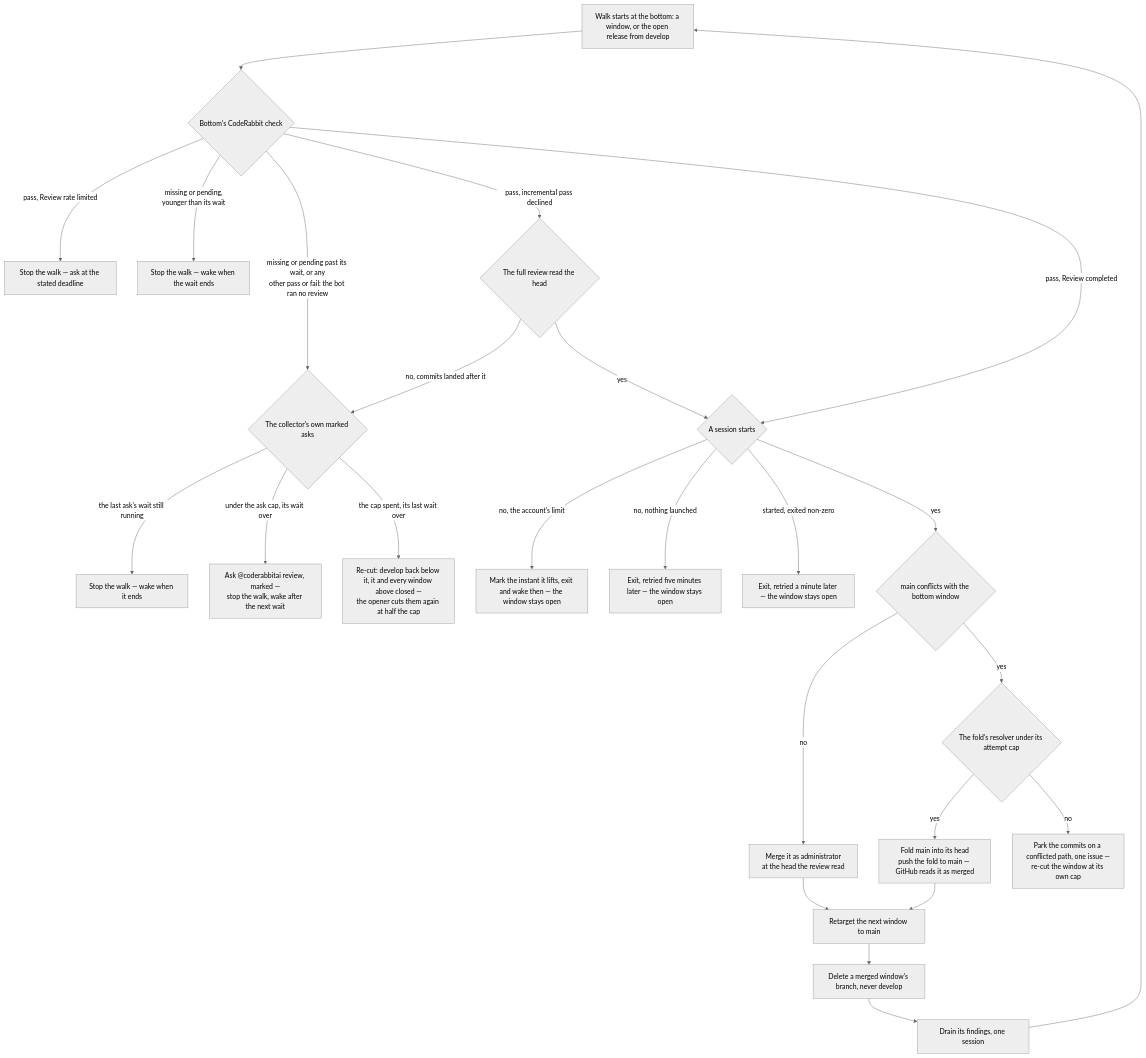
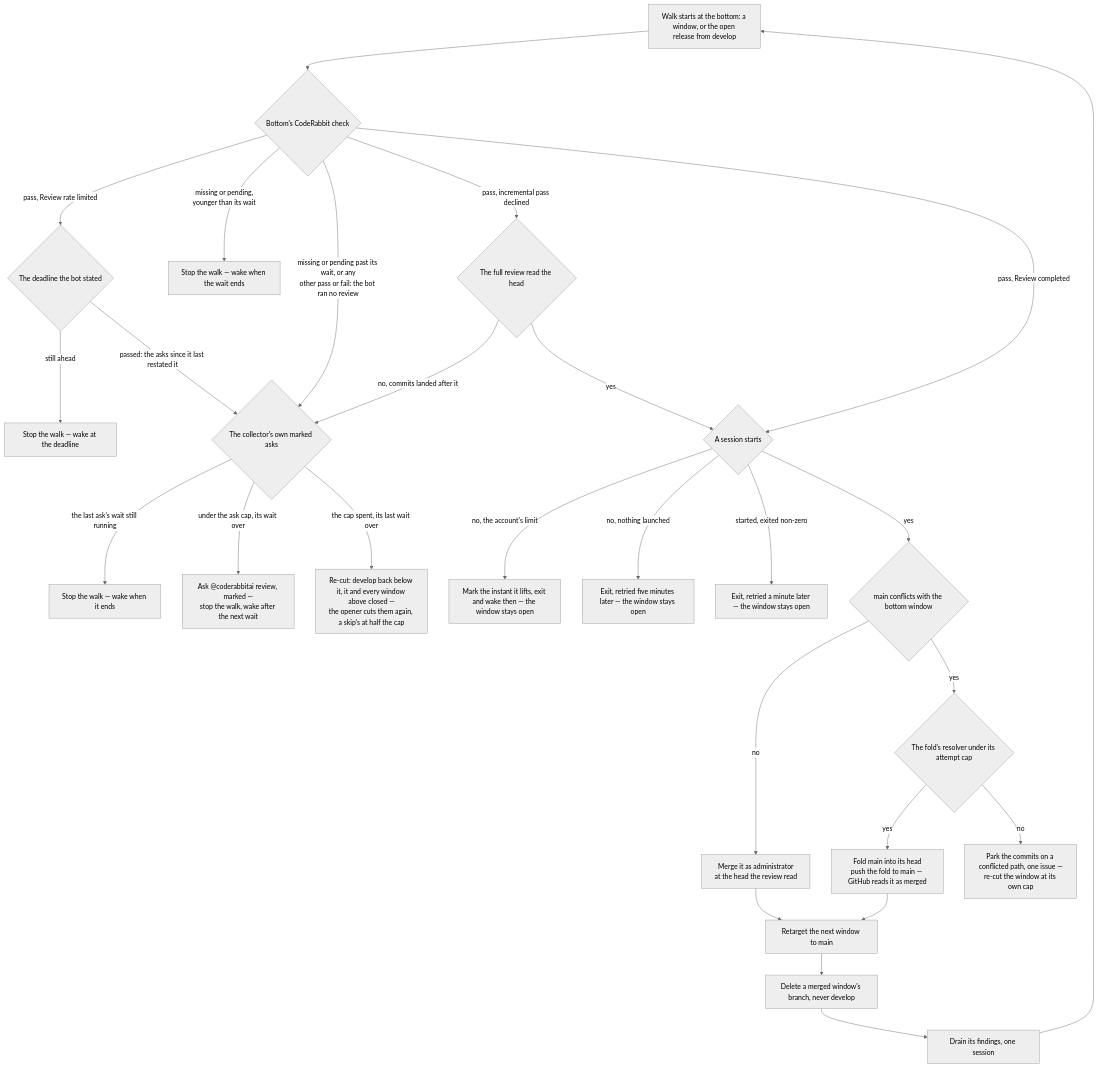
Before and after one commit to Esposter/Esposter: the first of 3 diagrams in apps/web/content/docs/infra/review-collector/collection-cycle.md, drawn with Mermaid (neutral theme). The commit also changed other lines of this file and 43 other files, not shown here.

````diff
--- a/apps/web/content/docs/infra/review-collector/collection-cycle.md
+++ b/apps/web/content/docs/infra/review-collector/collection-cycle.md
@@ -45,25 +45,27 @@
 ```mermaid
 flowchart TD
   S[Walk starts at the bottom: a window, or the open release from develop] --> ST{Bottom's CodeRabbit check}
-  ST -->|pass, Review rate limited| RL[Stop the walk — ask at the stated deadline]
+  ST -->|pass, Review rate limited| RL{The deadline the bot stated}
+  RL -->|still ahead| RW[Stop the walk — wake at the deadline]
+  RL -->|passed: the asks since it last restated it| AK
   ST -->|missing or pending,<br/>younger than its wait| X2[Stop the walk — wake when the wait ends]
   ST -->|missing or pending past its wait, or any<br/>other pass or fail: the bot ran no review| AK{The collector's own marked asks}
   ST -->|pass, incremental pass declined| SK{The full review read the head}
   SK -->|no, commits landed after it| AK
   AK -->|the last ask's wait still running| AW[Stop the walk — wake when it ends]
   AK -->|under the ask cap, its wait over| AS[Ask @coderabbitai review, marked —<br/>stop the walk, wake after the next wait]
-  AK -->|the cap spent, its last wait over| RC[Re-cut: develop back below it, it and every window above closed —<br/>the opener cuts them again at half the cap]
+  AK -->|the cap spent, its last wait over| RC[Re-cut: develop back below it, it and every window above closed —<br/>the opener cuts them again, a skip's at half the cap]
   ST -->|pass, Review completed| PB{A session starts}
   SK -->|yes| PB
   PB -->|no, the account's limit| X3[Mark the instant it lifts, exit and wake then — the window stays open]
   PB -->|no, nothing launched| XL[Exit, retried five minutes later — the window stays open]
   PB -->|started, exited non-zero| X4[Exit, retried a minute later — the window stays open]
   PB -->|yes| FC{main conflicts with the bottom window}
   FC -->|no| MG[Merge it as administrator<br/>at the head the review read]
   FC -->|yes| FA{The fold's resolver under its attempt cap}
   FA -->|yes| FR[Fold main into its head<br/>push the fold to main — GitHub reads it as merged]
   FA -->|no| FP[Park the commits on a conflicted path, one issue —<br/>re-cut the window at its own cap]
   MG --> RT[Retarget the next window to main]
   FR --> RT
   RT --> DL[Delete a merged window's branch, never develop] --> DR[Drain its findings, one session] --> S
 ```
````
